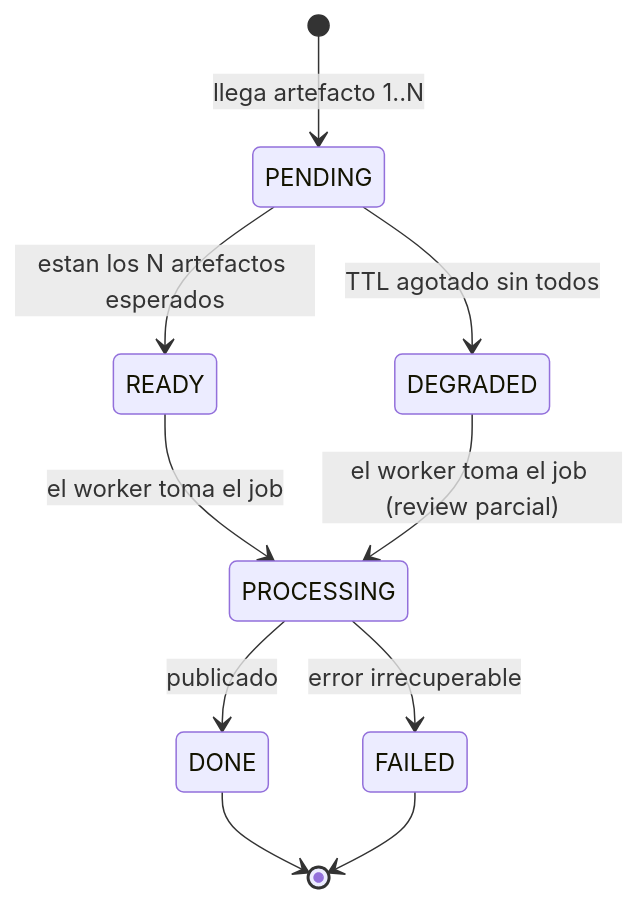
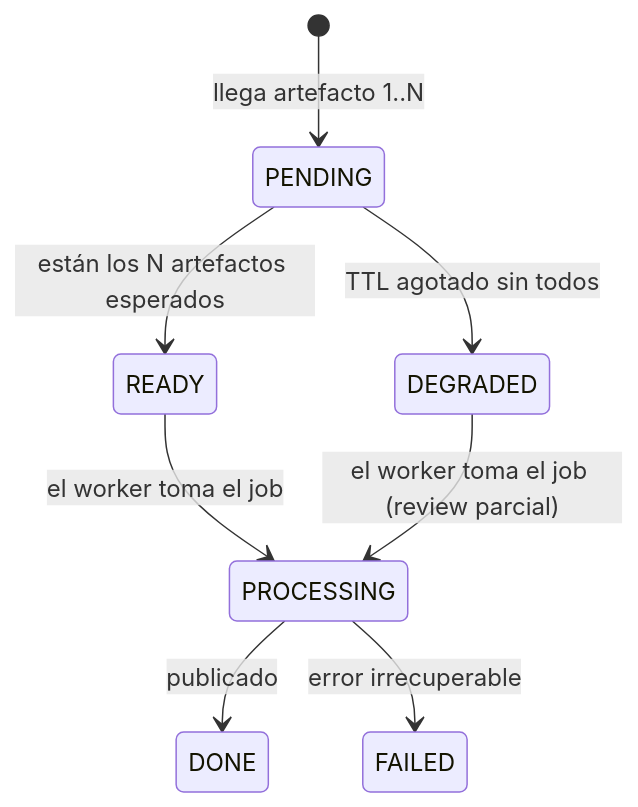
The diagram in docs/ingesta-diferida-ci-20261011.md (pcgarat/agent-review-langgraph), drawn with Mermaid before and after one commit. The commit also changed other lines of this file and 8 other files, not shown here.

````diff
--- a/docs/ingesta-diferida-ci-20261011.md
+++ b/docs/ingesta-diferida-ci-20261011.md
@@ -110,12 +59,10 @@
 ```mermaid
 stateDiagram-v2
     [*] --> PENDING: llega artefacto 1..N
-    PENDING --> READY: estan los N artefactos esperados
+    PENDING --> READY: están los N artefactos esperados
     PENDING --> DEGRADED: TTL agotado sin todos
     READY --> PROCESSING: el worker toma el job
     DEGRADED --> PROCESSING: el worker toma el job (review parcial)
     PROCESSING --> DONE: publicado
     PROCESSING --> FAILED: error irrecuperable
-    DONE --> [*]
-    FAILED --> [*]
 ```
````
